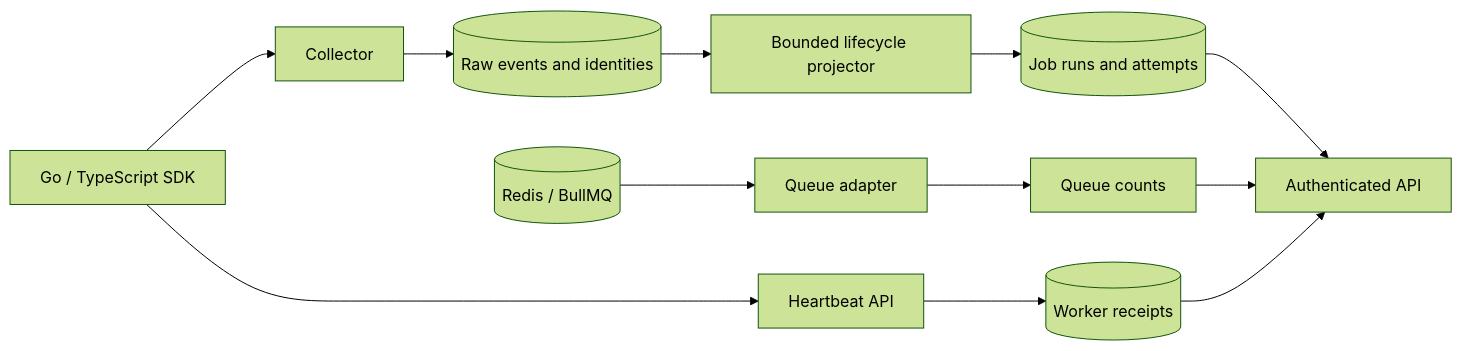
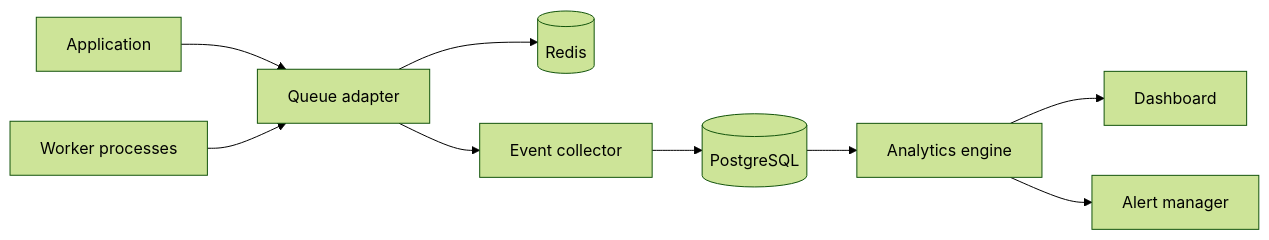
Before and after one commit to Shellghostt/QueueLens: the diagram in README.md, drawn with Mermaid (forest theme). The commit also changed other lines of this file and 45 other files, not shown here.

````diff
--- a/README.md
+++ b/README.md
@@ -43,14 +40,11 @@
 ```mermaid
 flowchart LR
-    SDK[Go / TypeScript SDK] --> COL[Collector]
-    BULL[(Redis / BullMQ)] --> ADP[Queue adapter]
-    ADP --> QV[Queue counts]
-    COL --> PG[(Raw events and identities)]
-    PG --> FOLD[Bounded lifecycle projector]
-    FOLD --> RUN[(Job runs and attempts)]
-    RUN --> API[Authenticated API]
-    QV --> API
-    SDK --> HB[Heartbeat API]
-    HB --> WK[(Worker receipts)]
-    WK --> API
+    APP[Application] --> ADP[Queue adapter]
+    ADP --> Q[(Redis)]
+    ADP --> COL[Event collector]
+    COL --> PG[(PostgreSQL)]
+    PG --> ANA[Analytics engine]
+    ANA --> DASH[Dashboard]
+    ANA --> ALERT[Alert manager]
+    WK[Worker processes] --> ADP
 ```
````
